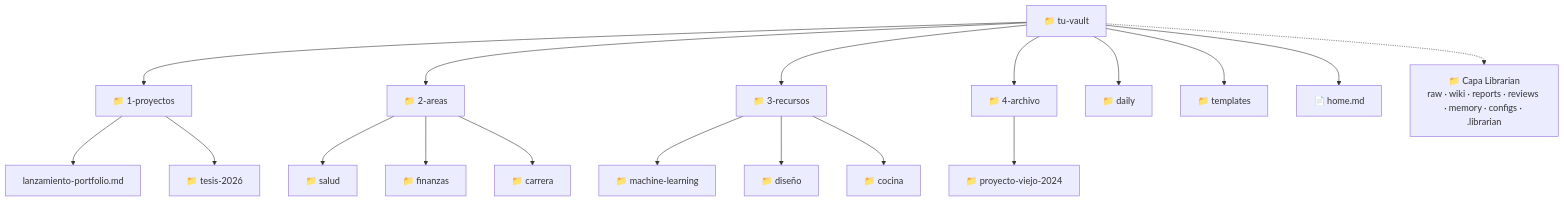
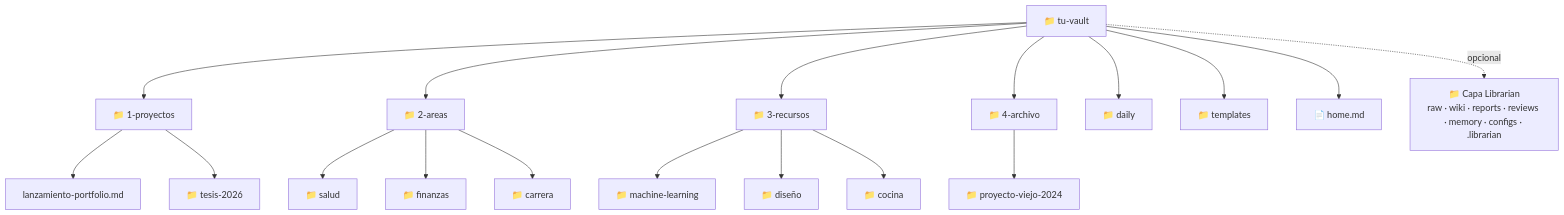
One commit to VanessaPellegrini/second-brain-ecosystem changed the first of 2 diagrams in second-brain/guides/es/04-vault-structure.md. Above: the diagram before and after it, drawn with Mermaid. The commit also changed other lines of this file and 8 other files, not shown here.

````diff
--- a/second-brain/guides/es/04-vault-structure.md
+++ b/second-brain/guides/es/04-vault-structure.md
@@ -20,21 +20,21 @@
 ```mermaid
 graph TD
     Vault[📁 tu-vault] --> P[📁 1-proyectos]
     Vault --> A[📁 2-areas]
     Vault --> R[📁 3-recursos]
     Vault --> Arc[📁 4-archivo]
     Vault --> D[📁 daily]
     Vault --> T[📁 templates]
     Vault --> H[📄 home.md]
-    Vault -.-> AI[📁 Capa Librarian<br/>raw · wiki · reports · reviews · memory · configs · .librarian]
+    Vault -. opcional .-> AI[📁 Capa Librarian<br/>raw · wiki · reports · reviews · memory · configs · .librarian]
 
     P --> P1[lanzamiento-portfolio.md]
     P --> P2[📁 tesis-2026]
     A --> A1[📁 salud]
     A --> A2[📁 finanzas]
     A --> A3[📁 carrera]
     R --> R1[📁 machine-learning]
     R --> R2[📁 diseño]
     R --> R3[📁 cocina]
     Arc --> Arc1[📁 proyecto-viejo-2024]
 ```
````
